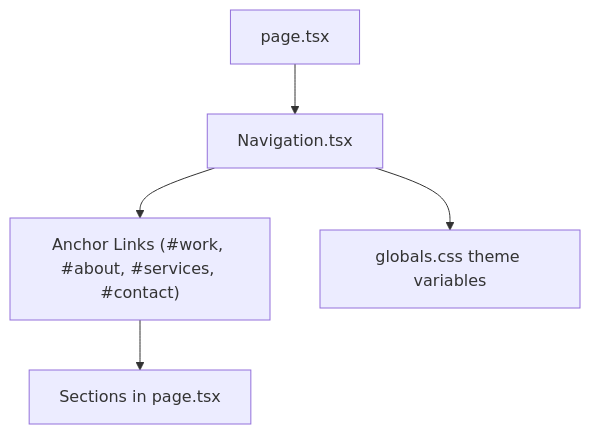
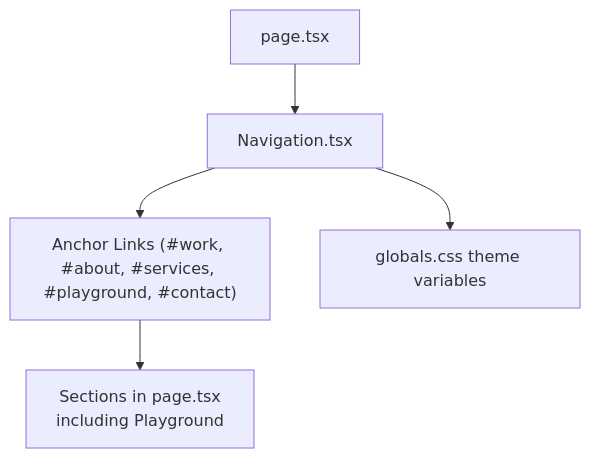
Before and after one commit to tee-15/portfolio-tee: the eighth of 9 diagrams in .qoder/repowiki/en/content/Core Components/Navigation Component.md, drawn with Mermaid. The commit also changed other lines of this file and 27 other files, not shown here.

````diff
--- a/.qoder/repowiki/en/content/Core Components/Navigation Component.md
+++ b/.qoder/repowiki/en/content/Core Components/Navigation Component.md
@@ -269,7 +295,7 @@
 ```mermaid
 graph TB
 Page["page.tsx"] --> Nav["Navigation.tsx"]
-Nav --> Links["Anchor Links (#work, #about, #services, #contact)"]
-Links --> Sections["Sections in page.tsx"]
+Nav --> Links["Anchor Links (#work, #about, #services, #playground, #contact)"]
+Links --> Sections["Sections in page.tsx<br/>including Playground"]
 Nav --> Styles["globals.css theme variables"]
 ```
````
